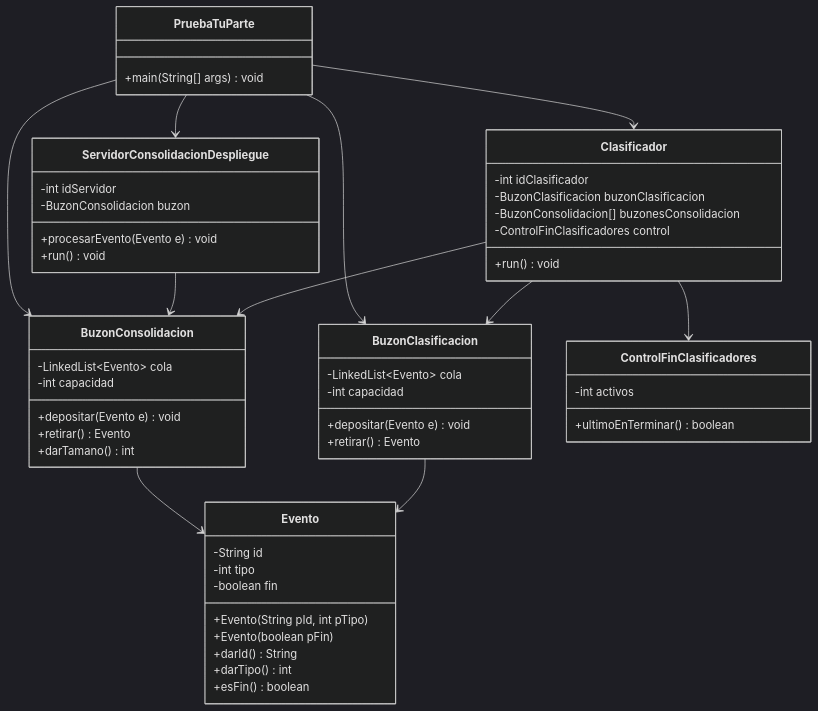
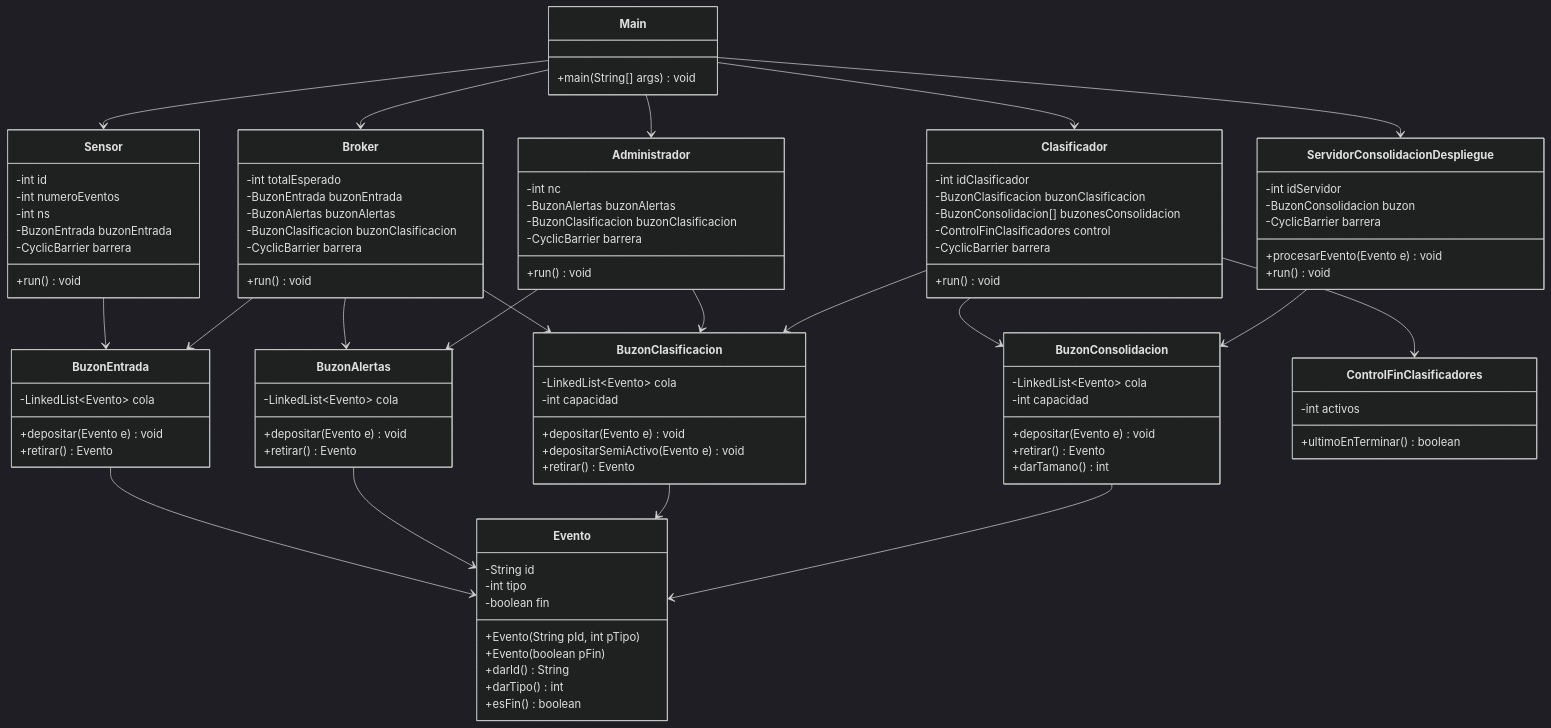
One commit to nicolascastano1107/Caso3Tic changed the diagram in informe_caso3.md. Above: the diagram before and after it, drawn with Mermaid (dark theme). The commit also changed other lines of this file, not shown here.

````diff
--- a/informe_caso3.md
+++ b/informe_caso3.md
@@ -124,10 +166,23 @@
         +esFin() boolean
     }
 
+    class BuzonEntrada {
+        -LinkedList~Evento~ cola
+        +depositar(Evento e) void
+        +retirar() Evento
+    }
+
+    class BuzonAlertas {
+        -LinkedList~Evento~ cola
+        +depositar(Evento e) void
+        +retirar() Evento
+    }
+
     class BuzonClasificacion {
         -LinkedList~Evento~ cola
         -int capacidad
         +depositar(Evento e) void
+        +depositarSemiActivo(Evento e) void
         +retirar() Evento
     }
 
@@ -139,11 +194,38 @@
         +darTamano() int
     }
 
+    class Sensor {
+        -int id
+        -int numeroEventos
+        -int ns
+        -BuzonEntrada buzonEntrada
+        -CyclicBarrier barrera
+        +run() void
+    }
+
+    class Broker {
+        -int totalEsperado
+        -BuzonEntrada buzonEntrada
+        -BuzonAlertas buzonAlertas
+        -BuzonClasificacion buzonClasificacion
+        -CyclicBarrier barrera
+        +run() void
+    }
+
+    class Administrador {
+        -int nc
+        -BuzonAlertas buzonAlertas
+        -BuzonClasificacion buzonClasificacion
+        -CyclicBarrier barrera
+        +run() void
+    }
+
     class Clasificador {
         -int idClasificador
         -BuzonClasificacion buzonClasificacion
         -BuzonConsolidacion[] buzonesConsolidacion
         -ControlFinClasificadores control
+        -CyclicBarrier barrera
         +run() void
     }
 
@@ -155,22 +237,32 @@
     class ServidorConsolidacionDespliegue {
         -int idServidor
         -BuzonConsolidacion buzon
+        -CyclicBarrier barrera
         +procesarEvento(Evento e) void
         +run() void
     }
 
-    class PruebaTuParte {
+    class Main {
         +main(String[] args) void
     }
 
+    Sensor --> BuzonEntrada
+    BuzonEntrada --> Evento
+    Broker --> BuzonEntrada
+    Broker --> BuzonAlertas
+    Broker --> BuzonClasificacion
+    BuzonAlertas --> Evento
+    Administrador --> BuzonAlertas
+    Administrador --> BuzonClasificacion
     BuzonClasificacion --> Evento
-    BuzonConsolidacion --> Evento
     Clasificador --> BuzonClasificacion
     Clasificador --> BuzonConsolidacion
     Clasificador --> ControlFinClasificadores
+    BuzonConsolidacion --> Evento
     ServidorConsolidacionDespliegue --> BuzonConsolidacion
-    PruebaTuParte --> BuzonClasificacion
-    PruebaTuParte --> BuzonConsolidacion
-    PruebaTuParte --> Clasificador
-    PruebaTuParte --> ServidorConsolidacionDespliegue
+    Main --> Sensor
+    Main --> Broker
+    Main --> Administrador
+    Main --> Clasificador
+    Main --> ServidorConsolidacionDespliegue
 ```
````
